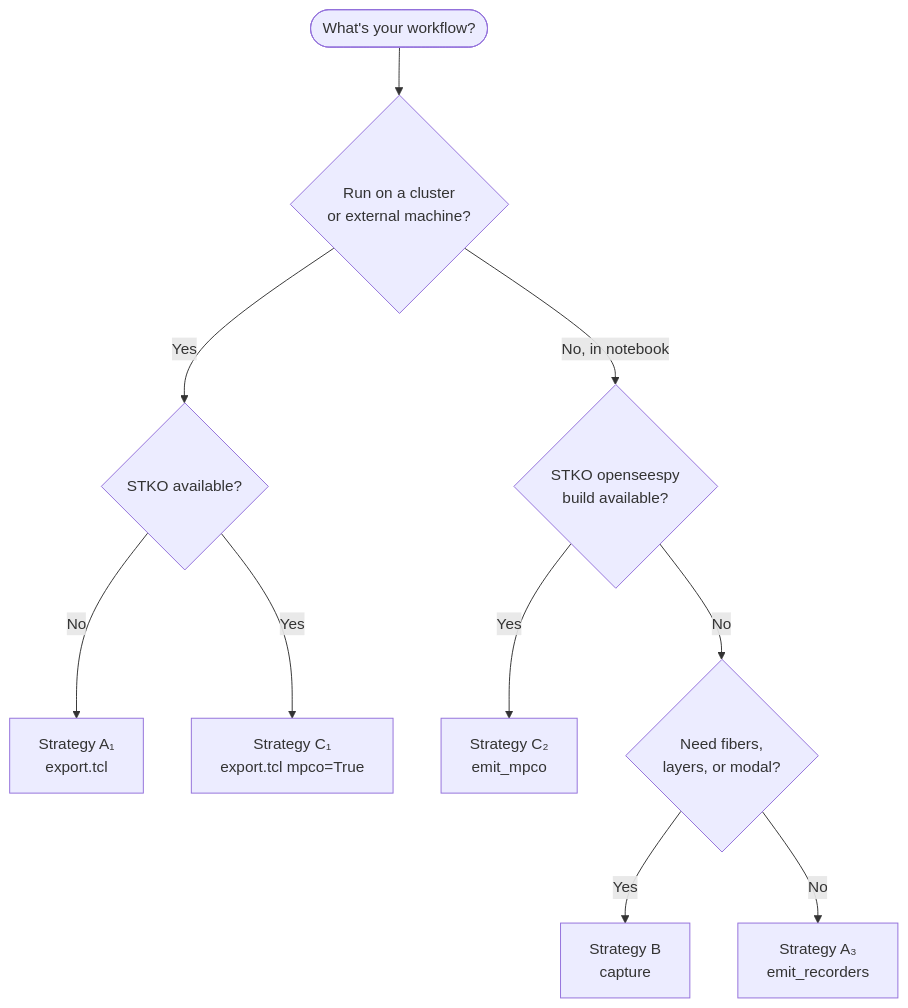
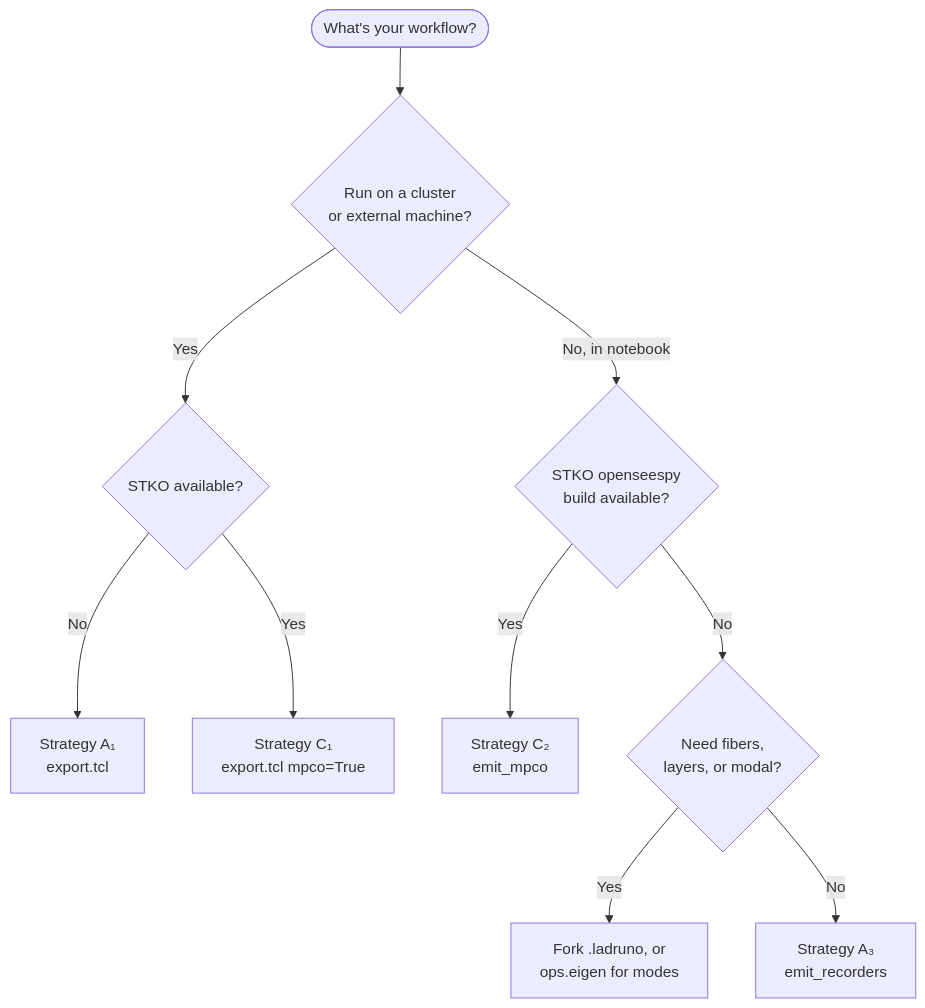
Before and after one commit to nmorabowen/apeGmsh: the diagram in internal_docs/guide_obtaining_results.md, drawn with Mermaid. The commit also changed other lines of this file and 4 other files, not shown here.

````diff
--- a/internal_docs/guide_obtaining_results.md
+++ b/internal_docs/guide_obtaining_results.md
@@ -366,15 +319,15 @@
 ```mermaid
 flowchart TD
     Start([What's your workflow?]) --> Q1{Run on a cluster<br/>or external machine?}
     Q1 -->|Yes| Q2{STKO available?}
     Q1 -->|No, in notebook| Q3{STKO openseespy<br/>build available?}
 
     Q2 -->|No| A1[Strategy A₁<br/>export.tcl]
     Q2 -->|Yes| C1[Strategy C₁<br/>export.tcl mpco=True]
 
     Q3 -->|Yes| C2[Strategy C₂<br/>emit_mpco]
     Q3 -->|No| Q4{Need fibers,<br/>layers, or modal?}
 
-    Q4 -->|Yes| B[Strategy B<br/>capture]
+    Q4 -->|Yes| B[Fork .ladruno, or<br/>ops.eigen for modes]
     Q4 -->|No| A3[Strategy A₃<br/>emit_recorders]
 ```
````
